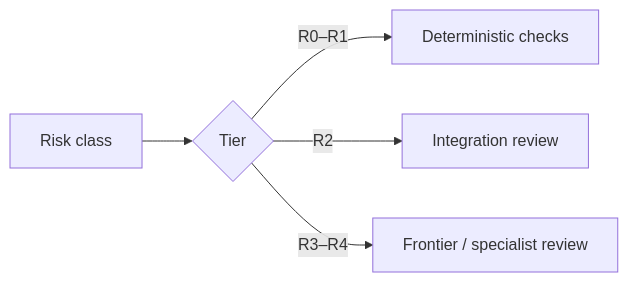
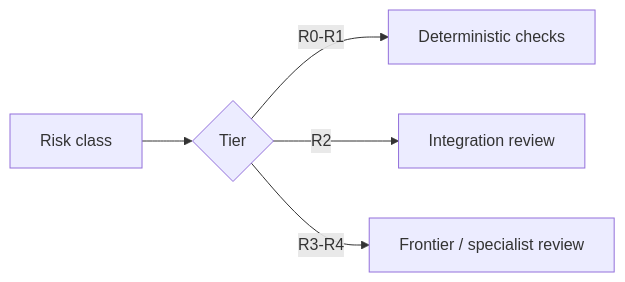
The second of 2 diagrams in docs/CUSTOMIZATION.md (Strataward/durable-threads), drawn with Mermaid before and after one commit. The commit also changed other lines of this file, not shown here.

````diff
--- a/docs/CUSTOMIZATION.md
+++ b/docs/CUSTOMIZATION.md
@@ -76,7 +113,7 @@
 ```mermaid
 flowchart LR
     R["Risk class"] --> G{"Tier"}
-    G -->|"R0–R1"| D["Deterministic checks"]
+    G -->|"R0-R1"| D["Deterministic checks"]
     G -->|"R2"| I["Integration review"]
-    G -->|"R3–R4"| F["Frontier / specialist review"]
+    G -->|"R3-R4"| F["Frontier / specialist review"]
 ```
````
